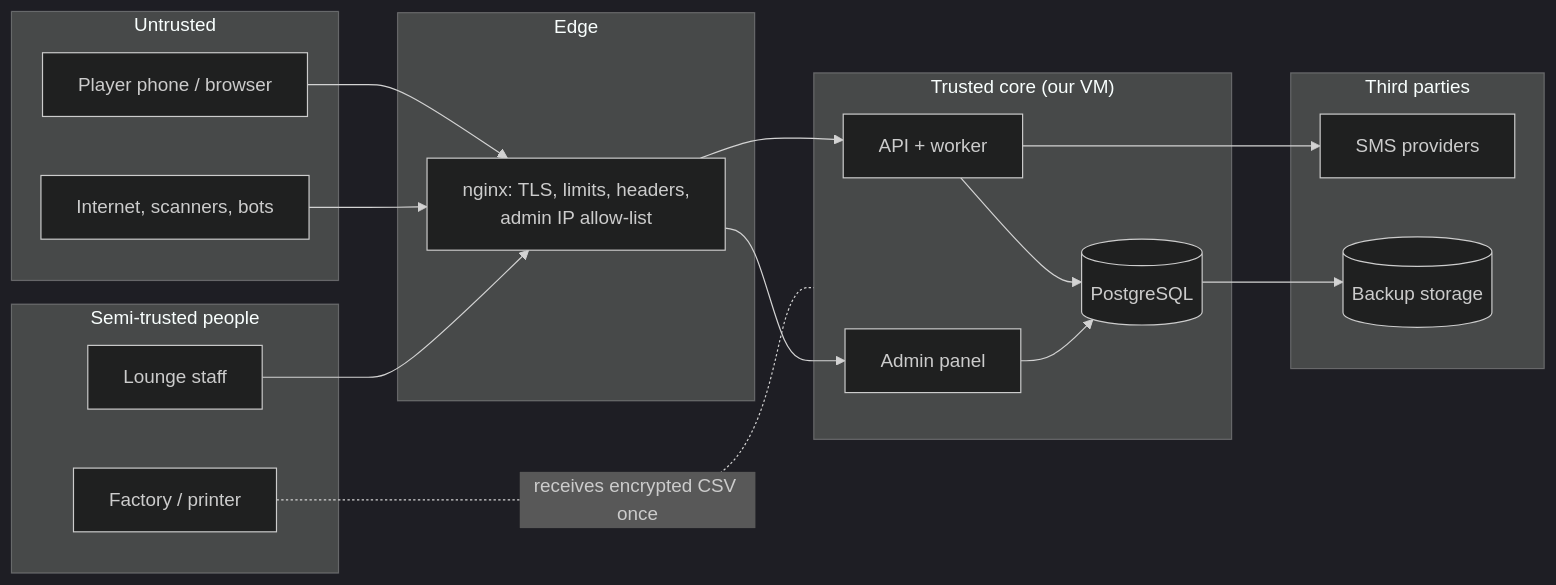
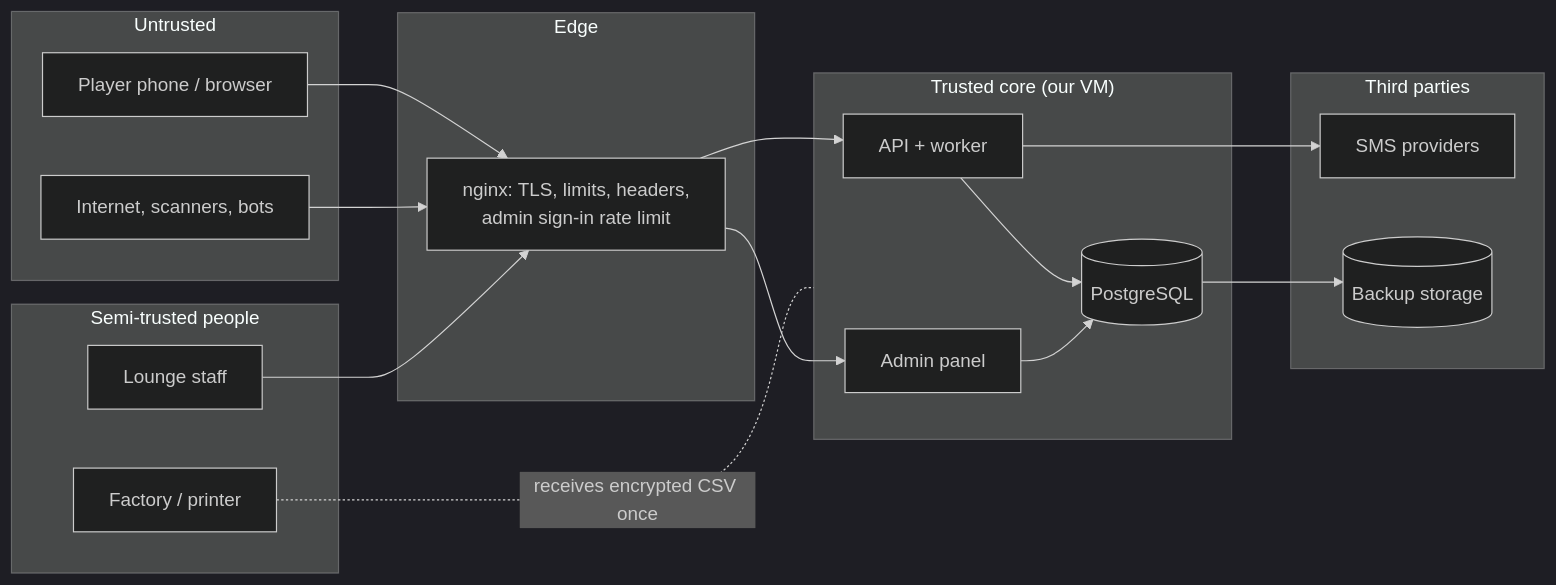
Before and after one commit to winenpot/lottery-passport: the diagram in docs/SECURITY.md, drawn with Mermaid (dark theme). The commit also changed other lines of this file and 8 other files, not shown here.

````diff
--- a/docs/SECURITY.md
+++ b/docs/SECURITY.md
@@ -35,33 +35,33 @@
 ```mermaid
 flowchart LR
     subgraph untrusted["Untrusted"]
         phone["Player phone / browser"]
         net["Internet, scanners, bots"]
     end
     subgraph semi["Semi-trusted people"]
         staff["Lounge staff"]
         printer["Factory / printer"]
     end
     subgraph edge["Edge"]
-        nginx["nginx: TLS, limits, headers,<br/>admin IP allow-list"]
+        nginx["nginx: TLS, limits, headers,<br/>admin sign-in rate limit"]
     end
     subgraph core["Trusted core (our VM)"]
         api["API + worker"]
         admin["Admin panel"]
         db[("PostgreSQL")]
     end
     subgraph third["Third parties"]
         sms["SMS providers"]
         store[("Backup storage")]
     end
     phone --> nginx
     net --> nginx
     staff --> nginx
     nginx --> api
     nginx --> admin
     api --> db
     admin --> db
     api --> sms
     db --> store
     printer -. "receives encrypted CSV once" .- core
 ```
````
